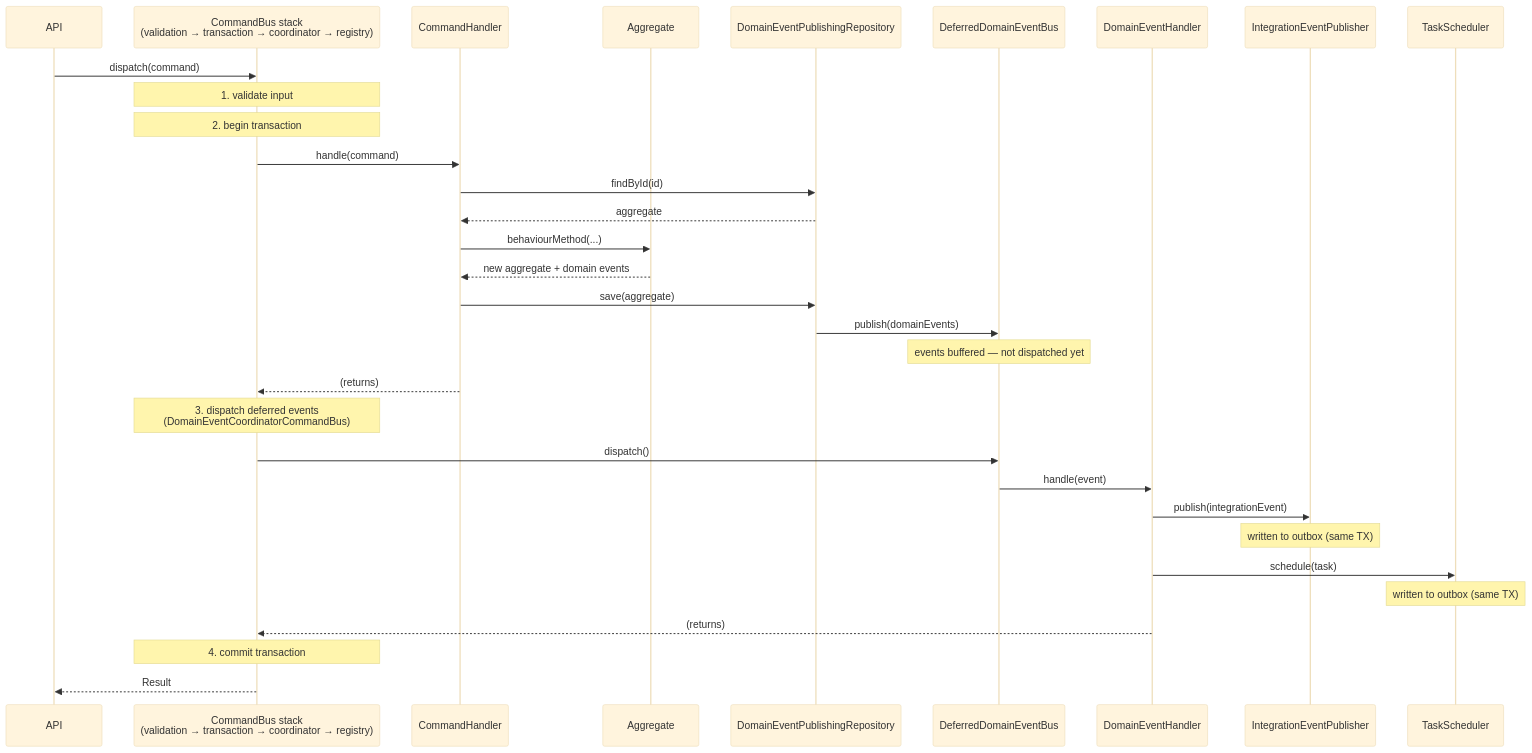
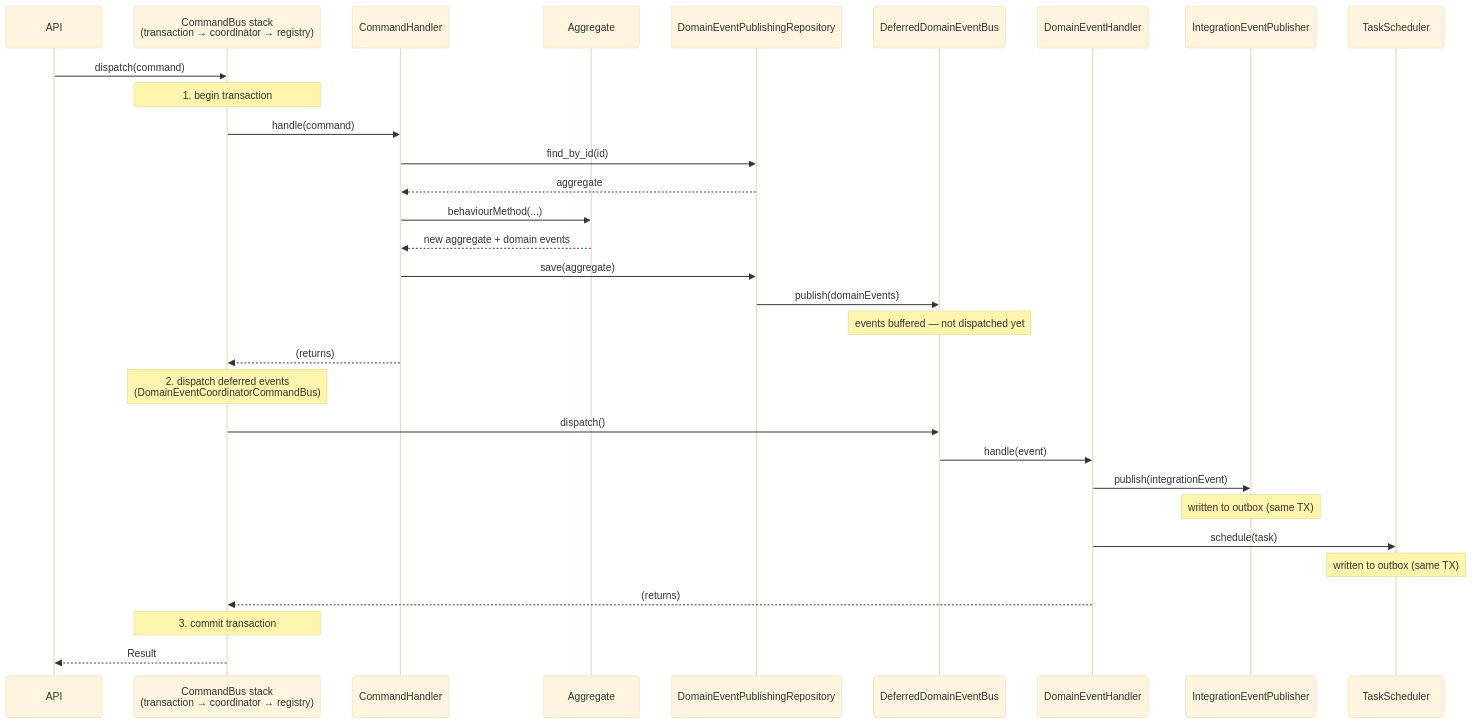
The first of 2 diagrams in docs/best-practices.md (aseguragonzalez/python-seedwork), drawn with Mermaid (base theme) before and after one commit. The commit also changed other lines of this file and 1 other file, not shown here.

````diff
--- a/docs/best-practices.md
+++ b/docs/best-practices.md
@@ -378,35 +356,34 @@
 ```mermaid
 sequenceDiagram
     participant API
-    participant Bus as CommandBus stack<br/>(validation → transaction → coordinator → registry)
+    participant Bus as CommandBus stack<br/>(transaction → coordinator → registry)
     participant Handler as CommandHandler
     participant Agg as Aggregate
     participant PubRepo as DomainEventPublishingRepository
     participant DeferredBus as DeferredDomainEventBus
     participant EH as DomainEventHandler
     participant IEP as IntegrationEventPublisher
     participant TS as TaskScheduler
 
     API->>Bus: dispatch(command)
-    Note over Bus: 1. validate input
-    Note over Bus: 2. begin transaction
+    Note over Bus: 1. begin transaction
     Bus->>Handler: handle(command)
-    Handler->>PubRepo: findById(id)
+    Handler->>PubRepo: find_by_id(id)
     PubRepo-->>Handler: aggregate
     Handler->>Agg: behaviourMethod(...)
     Agg-->>Handler: new aggregate + domain events
     Handler->>PubRepo: save(aggregate)
     PubRepo->>DeferredBus: publish(domainEvents)
     Note over DeferredBus: events buffered — not dispatched yet
     Handler-->>Bus: (returns)
-    Note over Bus: 3. dispatch deferred events<br/>(DomainEventCoordinatorCommandBus)
+    Note over Bus: 2. dispatch deferred events<br/>(DomainEventCoordinatorCommandBus)
     Bus->>DeferredBus: dispatch()
     DeferredBus->>EH: handle(event)
     EH->>IEP: publish(integrationEvent)
     Note over IEP: written to outbox (same TX)
     EH->>TS: schedule(task)
     Note over TS: written to outbox (same TX)
     EH-->>Bus: (returns)
-    Note over Bus: 4. commit transaction
+    Note over Bus: 3. commit transaction
     Bus-->>API: Result
 ```
````
